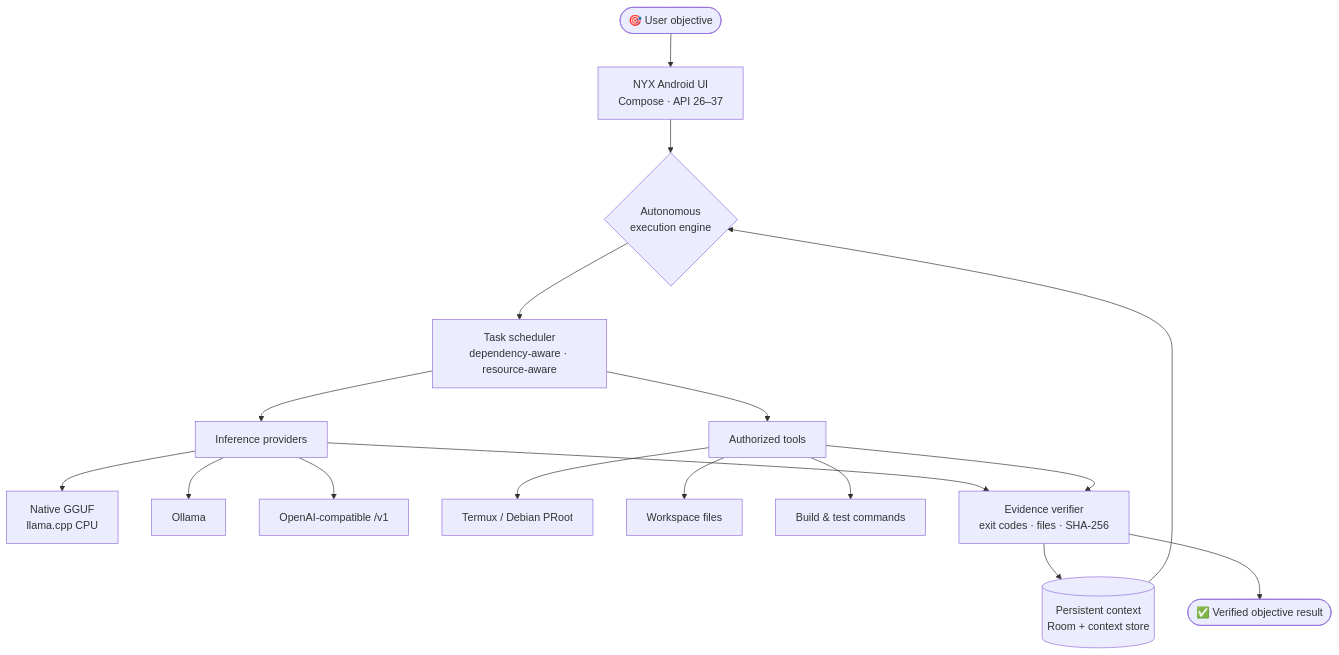
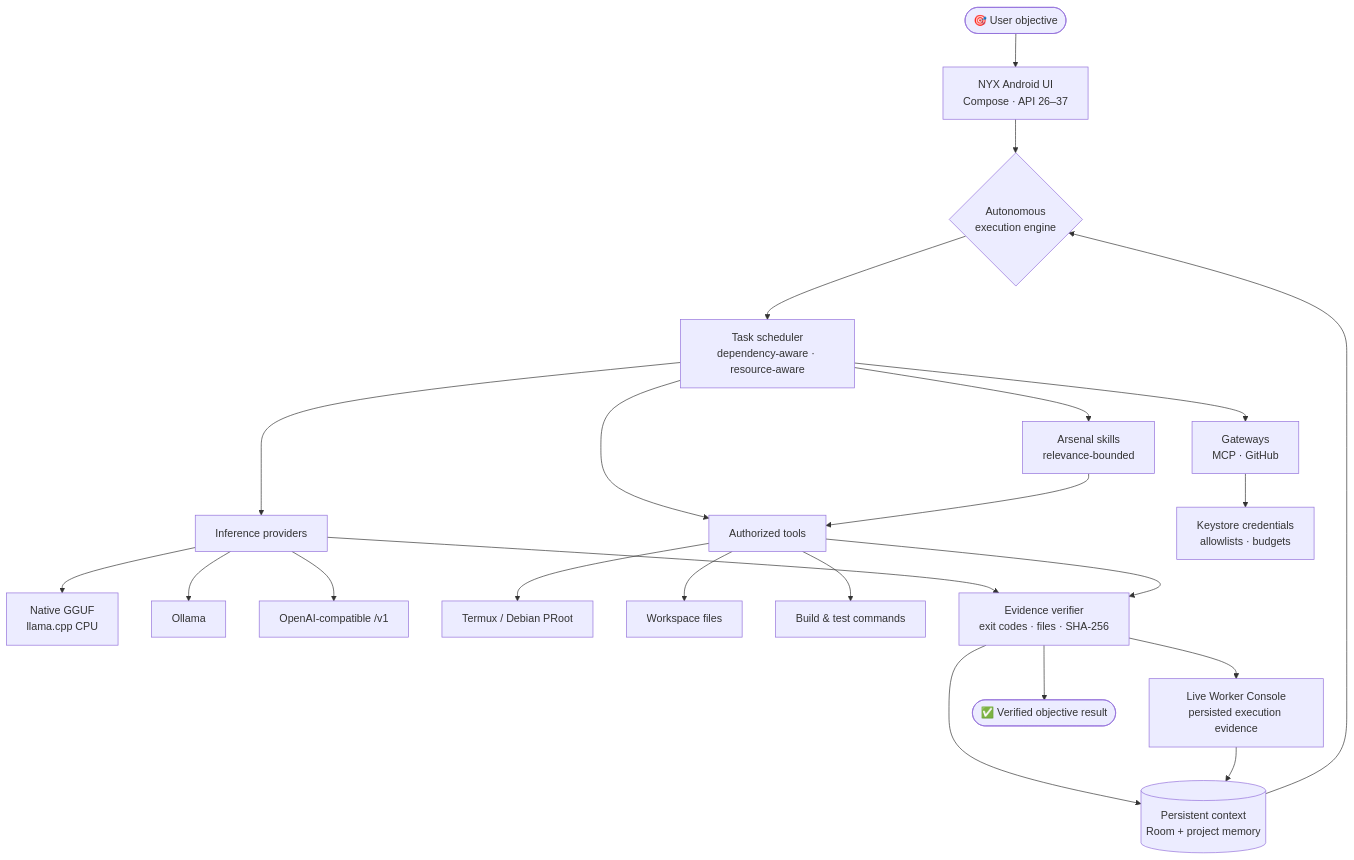
One commit to ShamelesAbyss/Nyx changed the diagram in README.md. Above: the diagram before and after it, drawn with Mermaid. The commit also changed other lines of this file and 51 other files, not shown here.

````diff
--- a/README.md
+++ b/README.md
@@ -171,19 +183,25 @@
 ```mermaid
 flowchart TD
     A([🎯 User objective]) --> B["NYX Android UI<br/>Compose · API 26–37"]
     B --> C{"Autonomous<br/>execution engine"}
     C --> D["Task scheduler<br/>dependency-aware · resource-aware"]
     D --> E["Inference providers"]
     E --> E1["Native GGUF<br/>llama.cpp CPU"]
     E --> E2["Ollama"]
     E --> E3["OpenAI-compatible /v1"]
     D --> F["Authorized tools"]
     F --> F1["Termux / Debian PRoot"]
     F --> F2["Workspace files"]
     F --> F3["Build &amp; test commands"]
+    D --> J["Arsenal skills<br/>relevance-bounded"]
+    D --> K["Gateways<br/>MCP · GitHub"]
+    K --> K1["Keystore credentials<br/>allowlists · budgets"]
+    J --> F
     E --> G["Evidence verifier<br/>exit codes · files · SHA-256"]
     F --> G
-    G --> H[("Persistent context<br/>Room + context store")]
+    G --> H[("Persistent context<br/>Room + project memory")]
     H --> C
+    G --> L["Live Worker Console<br/>persisted execution evidence"]
+    L --> H
     G --> I([✅ Verified objective result])
 ```
````
